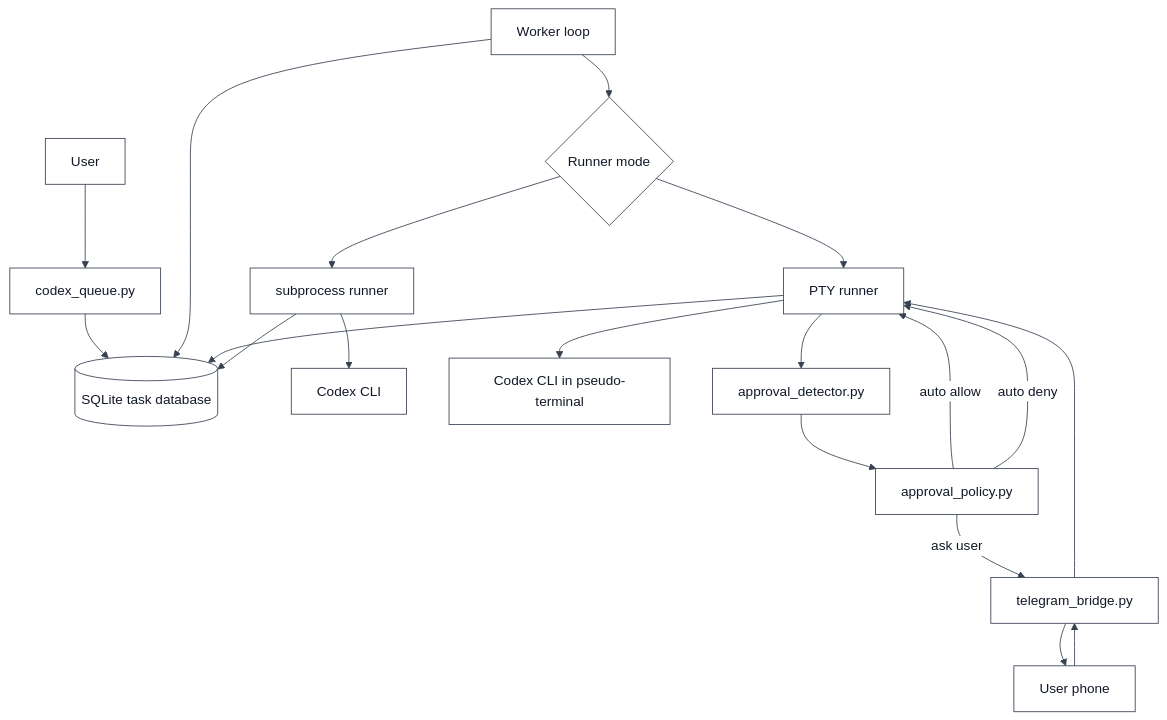
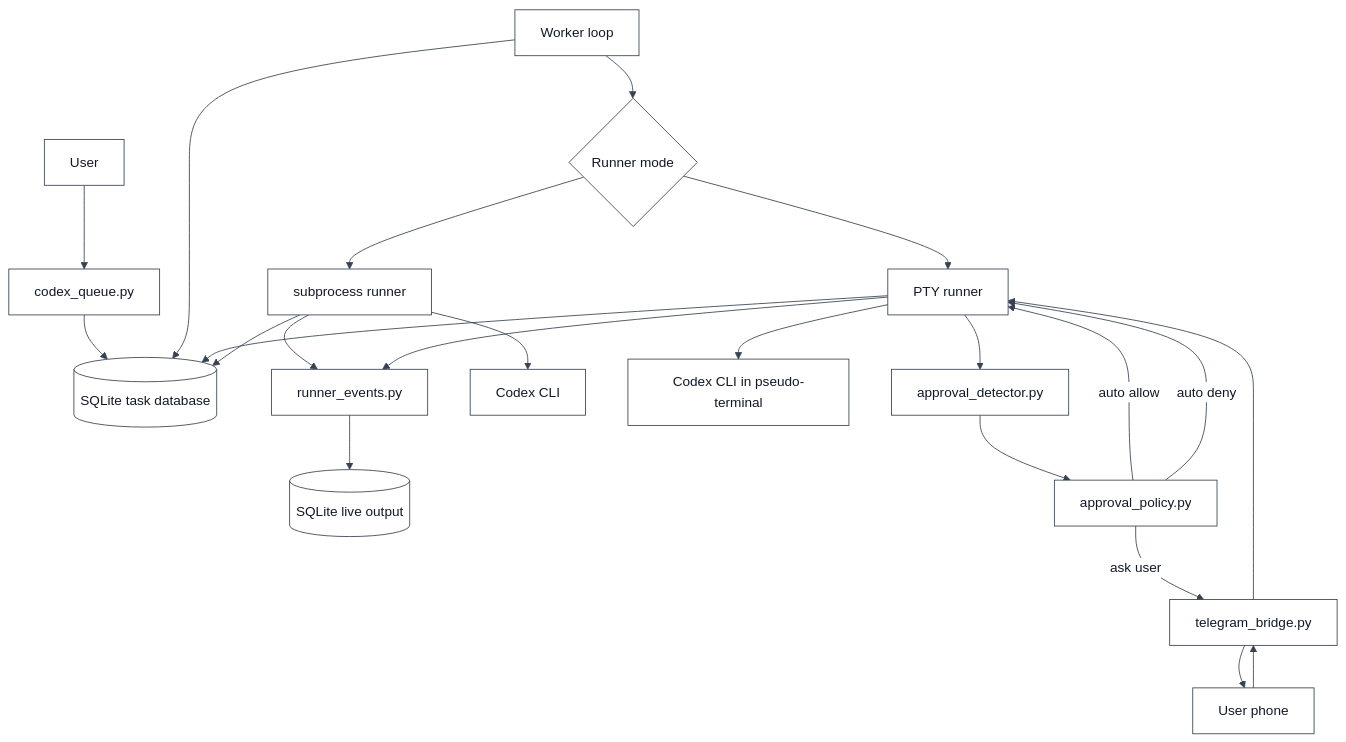
The first of 3 diagrams in README.md (kinderp/durex), drawn with Mermaid before and after one commit. The commit also changed other lines of this file and 9 other files, not shown here.

````diff
--- a/README.md
+++ b/README.md
@@ -49,22 +51,25 @@
 ```mermaid
 %%{init: {"theme": "base", "themeVariables": {"primaryColor": "#ffffff", "primaryTextColor": "#111827", "primaryBorderColor": "#374151", "lineColor": "#374151", "secondaryColor": "#f3f4f6", "tertiaryColor": "#ffffff", "textColor": "#111827", "mainBkg": "#ffffff", "nodeBorder": "#374151", "clusterBkg": "#f9fafb", "clusterBorder": "#9ca3af", "edgeLabelBackground": "#ffffff", "actorBkg": "#ffffff", "actorBorder": "#374151", "actorTextColor": "#111827", "activationBkgColor": "#e5e7eb", "activationBorderColor": "#374151", "signalColor": "#111827", "signalTextColor": "#111827", "noteBkgColor": "#fef3c7", "noteTextColor": "#111827", "noteBorderColor": "#92400e"}}}%%
 flowchart TD
     User[User] --> CLI[codex_queue.py]
     CLI --> DB[(SQLite task database)]
     Worker[Worker loop] --> DB
     Worker --> Runner{Runner mode}
     Runner --> Subprocess[subprocess runner]
     Runner --> PTY[PTY runner]
+    Subprocess --> Events[runner_events.py]
+    PTY --> Events
+    Events --> Live[(SQLite live output)]
     Subprocess --> CodexA[Codex CLI]
     PTY --> CodexB[Codex CLI in pseudo-terminal]
     PTY --> Detector[approval_detector.py]
     Detector --> Policy[approval_policy.py]
     Policy -->|auto allow| PTY
     Policy -->|auto deny| PTY
     Policy -->|ask user| Telegram[telegram_bridge.py]
     Telegram --> Phone[User phone]
     Phone --> Telegram
     Telegram --> PTY
     PTY --> DB
     Subprocess --> DB
 ```
````
